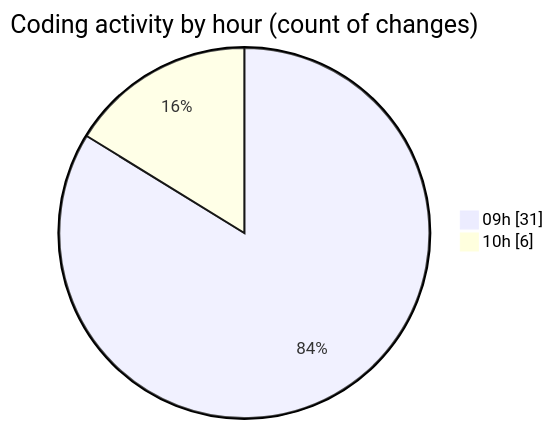
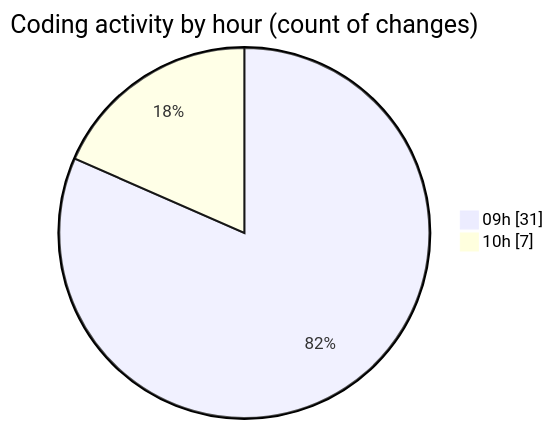
The second of 2 diagrams in 2025-03-05/termonied_testador/README.md (robertbonfada/code-tracking), drawn with Mermaid before and after one commit. The commit also changed other lines of this file and 1 other file, not shown here.

````diff
--- a/2025-03-05/termonied_testador/README.md
+++ b/2025-03-05/termonied_testador/README.md
@@ -34,6 +34,6 @@
 ```mermaid
 pie showData
 title Coding activity by hour (count of changes)
 "09h" : 31
-"10h" : 6
+"10h" : 7
 ```
````
